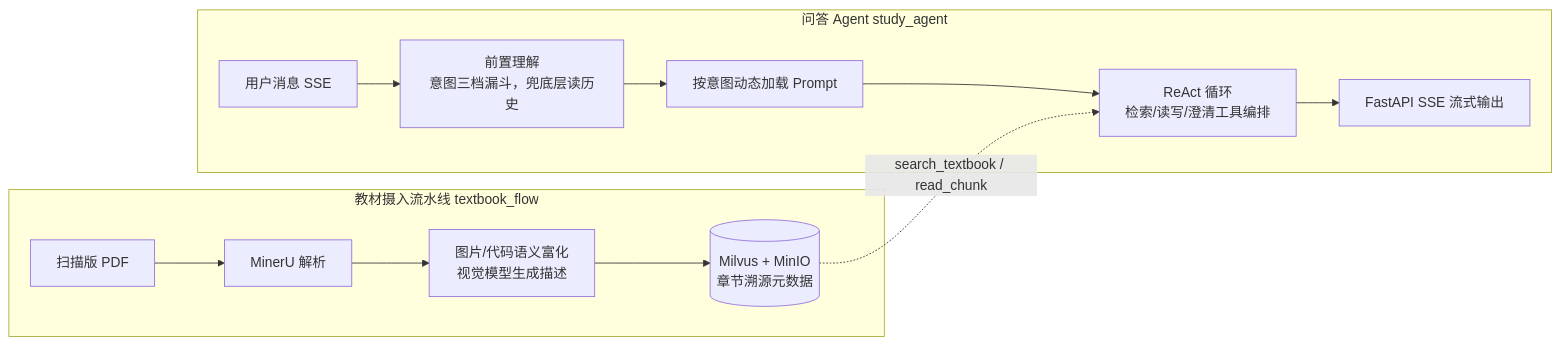
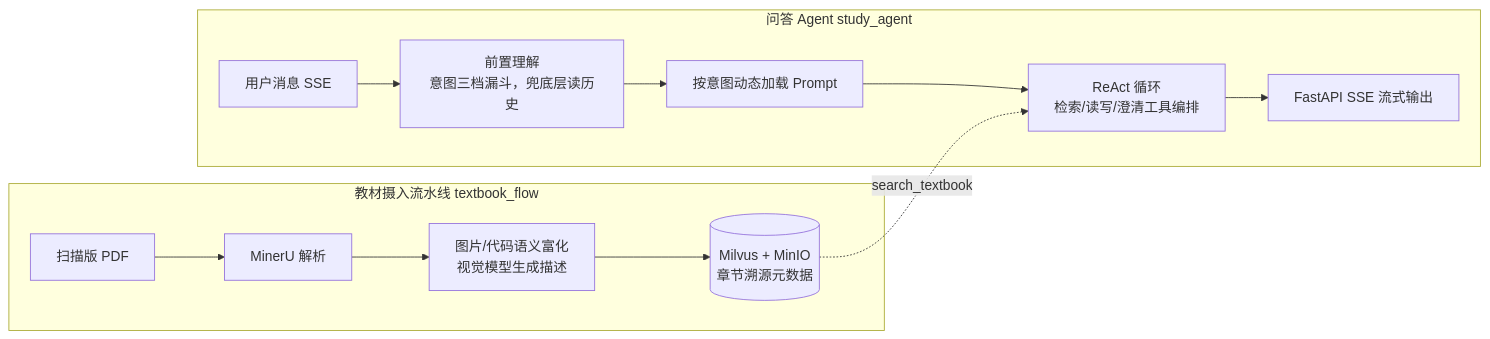
One commit to yunpingwu/grad_assist changed the diagram in README.md. Above: the diagram before and after it, drawn with Mermaid. The commit also changed other lines of this file and 14 other files, not shown here.

First line of the commit message:
检索原文回收收敛为一次性行为降级：往轮工具消息降为一行记录，原文只活在 artifact，read_chunk 与存根/重取整套下线

````diff
--- a/README.md
+++ b/README.md
@@ -21,17 +21,17 @@
 ```mermaid
 flowchart LR
   subgraph ingest [教材摄入流水线 textbook_flow]
     PDF[扫描版 PDF] --> MinerU[MinerU 解析]
     MinerU --> Enrich[图片/代码语义富化<br/>视觉模型生成描述]
     Enrich --> Store[(Milvus + MinIO<br/>章节溯源元数据)]
   end
 
   subgraph agent [问答 Agent study_agent]
     Q[用户消息 SSE] --> Pre[前置理解<br/>意图三档漏斗，兜底层读历史]
     Pre --> Prompt[按意图动态加载 Prompt]
     Prompt --> React[ReAct 循环<br/>检索/读写/澄清工具编排]
     React --> R[FastAPI SSE 流式输出]
   end
 
-  Store -.search_textbook / read_chunk.-> React
+  Store -.search_textbook.-> React
 ```
````
